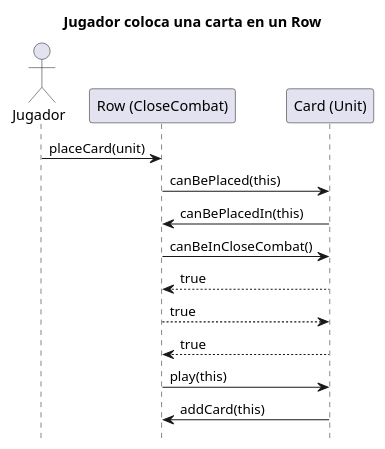
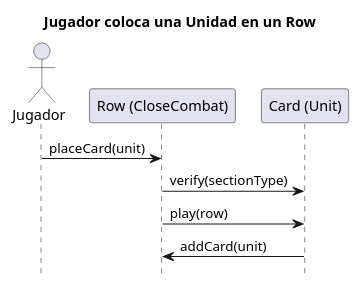
The diagram in diagrams/sequences/JugadorColocandoUnaCartaEnRow.plantuml (Yonhir/algo3_proyecto_base_tp2), drawn with PlantUML before and after one commit. The commit also changed 1 other file, not shown here.

Commit message:
update sequence diagram

```diff
--- a/diagrams/sequences/JugadorColocandoUnaCartaEnRow.plantuml
+++ b/diagrams/sequences/JugadorColocandoUnaCartaEnRow.plantuml
@@ -1,22 +1,16 @@
 @startuml
 
 hide footbox
-title Jugador coloca una carta en un Row
+title Jugador coloca una Unidad en un Row
 
 actor Jugador
 
 participant "Row (CloseCombat)" as row
 participant "Card (Unit)" as unit
 
 Jugador -> row : placeCard(unit)
-row -> unit : canBePlaced(this)
-unit -> row : canBePlacedIn(this)
-row -> unit : canBeInCloseCombat()
+row -> unit : verify(sectionType)
 
-unit --> row : true
-row --> unit : true
-unit --> row : true
-
-row -> unit : play(this)
-unit -> row : addCard(this)
+row -> unit : play(row)
+unit -> row : addCard(unit)
 @enduml
```
